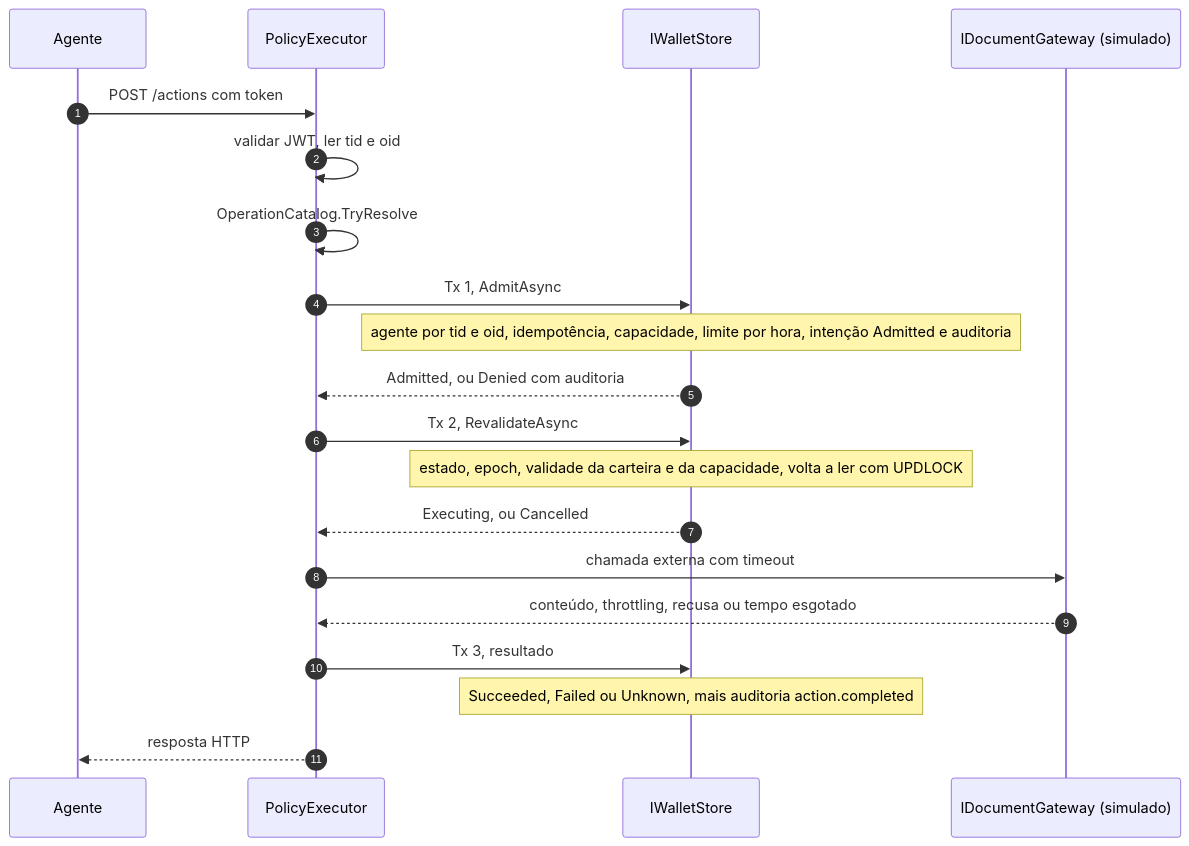
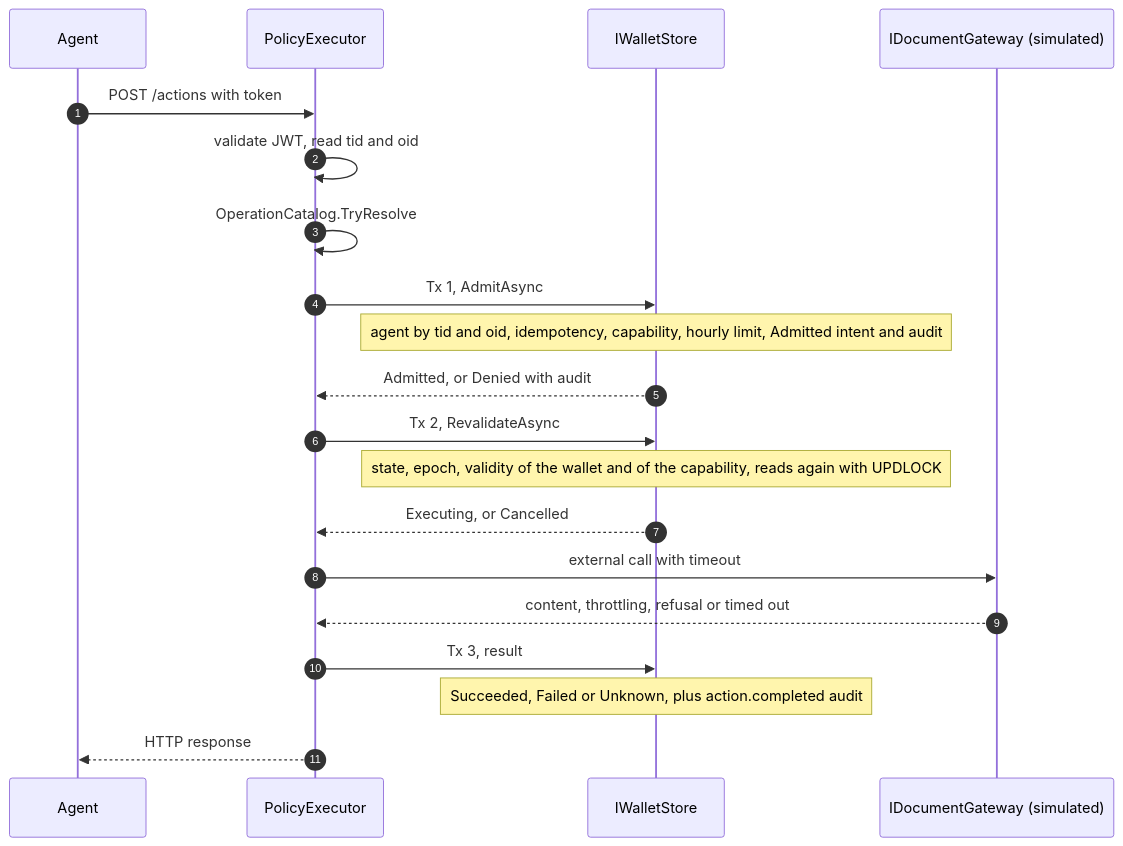
One commit to epestana28/agent-portifolio changed the second of 3 diagrams in docs/architecture.md. Above: the diagram before and after it, drawn with Mermaid. The commit also changed other lines of this file and 64 other files, not shown here.

````diff
--- a/docs/architecture.md
+++ b/docs/architecture.md
@@ -83,22 +83,22 @@
 ```mermaid
 sequenceDiagram
     autonumber
-    participant A as Agente
+    participant A as Agent
     participant E as PolicyExecutor
     participant S as IWalletStore
-    participant G as IDocumentGateway (simulado)
-    A->>E: POST /actions com token
-    E->>E: validar JWT, ler tid e oid
+    participant G as IDocumentGateway (simulated)
+    A->>E: POST /actions with token
+    E->>E: validate JWT, read tid and oid
     E->>E: OperationCatalog.TryResolve
     E->>S: Tx 1, AdmitAsync
-    Note over S: agente por tid e oid, idempotência, capacidade, limite por hora, intenção Admitted e auditoria
-    S-->>E: Admitted, ou Denied com auditoria
+    Note over S: agent by tid and oid, idempotency, capability, hourly limit, Admitted intent and audit
+    S-->>E: Admitted, or Denied with audit
     E->>S: Tx 2, RevalidateAsync
-    Note over S: estado, epoch, validade da carteira e da capacidade, volta a ler com UPDLOCK
-    S-->>E: Executing, ou Cancelled
-    E->>G: chamada externa com timeout
-    G-->>E: conteúdo, throttling, recusa ou tempo esgotado
-    E->>S: Tx 3, resultado
-    Note over S: Succeeded, Failed ou Unknown, mais auditoria action.completed
-    E-->>A: resposta HTTP
+    Note over S: state, epoch, validity of the wallet and of the capability, reads again with UPDLOCK
+    S-->>E: Executing, or Cancelled
+    E->>G: external call with timeout
+    G-->>E: content, throttling, refusal or timed out
+    E->>S: Tx 3, result
+    Note over S: Succeeded, Failed or Unknown, plus action.completed audit
+    E-->>A: HTTP response
 ```
````
